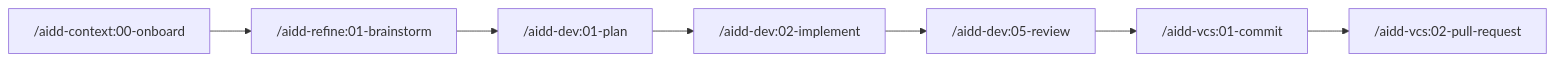
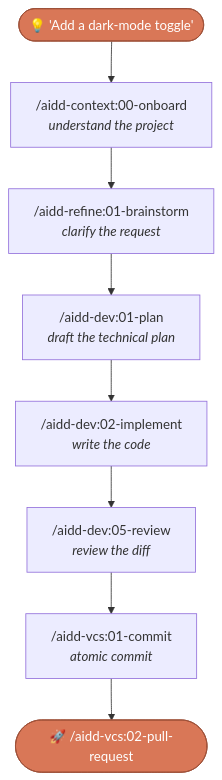
Before and after one commit to ai-driven-dev/framework: the diagram in README.md, drawn with Mermaid. The commit also changed other lines of this file, not shown here.

First line of the commit message:
docs(framework): refine README per review — installation, community CTA, less emoji

````diff
--- a/README.md
+++ b/README.md
@@ -77,9 +77,16 @@
 ```mermaid
-flowchart LR
-    Onboard["/aidd-context:00-onboard"] --> Brainstorm["/aidd-refine:01-brainstorm"]
-    Brainstorm --> Plan["/aidd-dev:01-plan"]
-    Plan --> Implement["/aidd-dev:02-implement"]
-    Implement --> Review["/aidd-dev:05-review"]
-    Review --> Commit["/aidd-vcs:01-commit"]
-    Commit --> PR["/aidd-vcs:02-pull-request"]
+flowchart TD
+    Idea(["💡 'Add a dark-mode toggle'"])
+    Onboard["/aidd-context:00-onboard<br/><i>understand the project</i>"]
+    Brainstorm["/aidd-refine:01-brainstorm<br/><i>clarify the request</i>"]
+    Plan["/aidd-dev:01-plan<br/><i>draft the technical plan</i>"]
+    Implement["/aidd-dev:02-implement<br/><i>write the code</i>"]
+    Review["/aidd-dev:05-review<br/><i>review the diff</i>"]
+    Commit["/aidd-vcs:01-commit<br/><i>atomic commit</i>"]
+    PR(["🚀 /aidd-vcs:02-pull-request"])
+
+    Idea --> Onboard --> Brainstorm --> Plan --> Implement --> Review --> Commit --> PR
+
+    classDef edge fill:#D97757,stroke:#9c4f37,color:#fff;
+    class Idea,PR edge;
 ```
````
